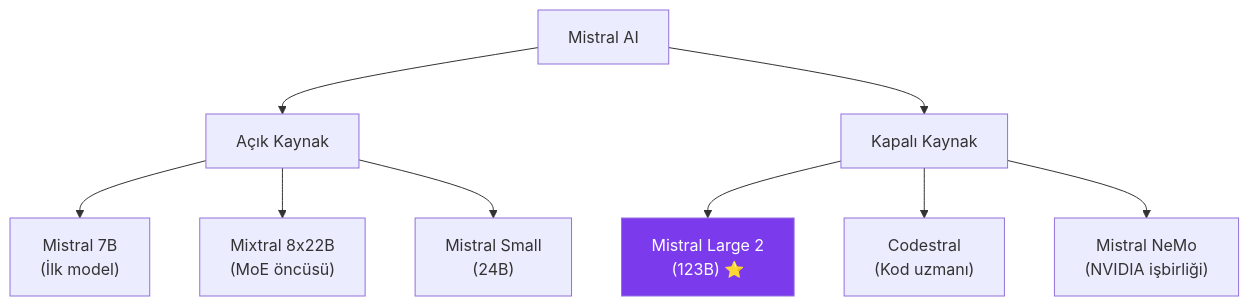
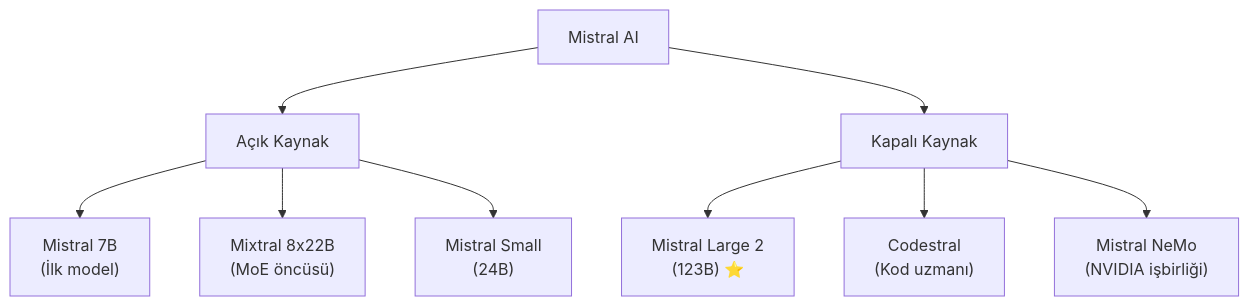
The fifth of 8 diagrams in 03-llm-saglayicilari/05-diger-saglayicilar.md (IzzetYasinAtes/ClaudeCodeHandbook), drawn with Mermaid before and after one commit. The commit also changed other lines of this file and 97 other files, not shown here.

Commit message:
Remove all custom Mermaid style/fill colors from 98 markdown files for consistent dark theme rendering

````diff
--- a/03-llm-saglayicilari/05-diger-saglayicilar.md
+++ b/03-llm-saglayicilari/05-diger-saglayicilar.md
@@ -211,17 +201,16 @@
 ```mermaid
 flowchart TD
     MI["Mistral AI"]
 
     MI --> ACIK["Açık Kaynak"]
     MI --> KAPALI["Kapalı Kaynak"]
 
     ACIK --> M7["Mistral 7B<br/>(İlk model)"]
     ACIK --> MIX["Mixtral 8x22B<br/>(MoE öncüsü)"]
     ACIK --> MS["Mistral Small<br/>(24B)"]
 
     KAPALI --> ML["Mistral Large 2<br/>(123B) ⭐"]
     KAPALI --> MC["Codestral<br/>(Kod uzmanı)"]
     KAPALI --> MN["Mistral NeMo<br/>(NVIDIA işbirliği)"]
 
-    style ML fill:#7c3aed,color:#fff
 ```
````
